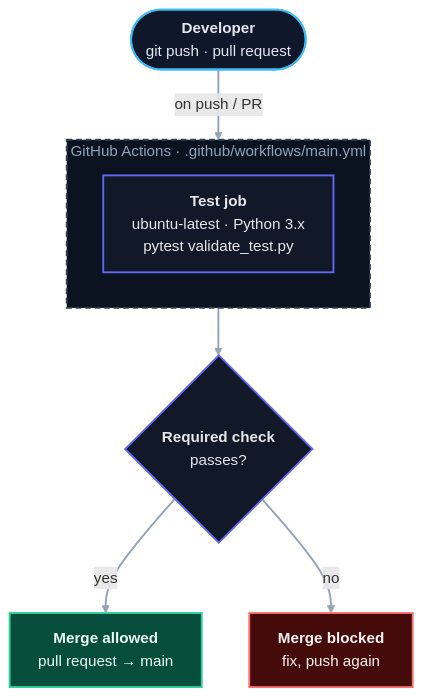
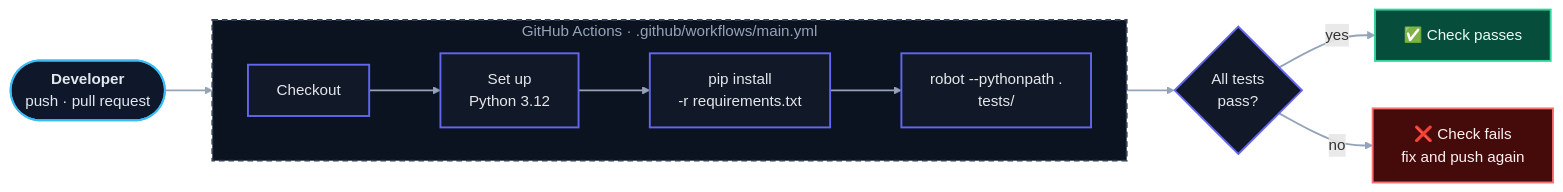
One commit to agragab/automatic-validation-framework changed the third of 3 diagrams in README.md. Above: the diagram before and after it, drawn with Mermaid. The commit also changed other lines of this file, not shown here.

````diff
--- a/README.md
+++ b/README.md
@@ -162,29 +183,29 @@
 ```mermaid
-flowchart TD
-    dev(["<b>Developer</b><br/>git push · pull request"])
+flowchart LR
+    dev(["<b>Developer</b><br/>push · pull request"])
 
     subgraph gh["GitHub Actions · .github/workflows/main.yml"]
-        direction TB
-        job["<b>Test job</b><br/>ubuntu-latest · Python 3.x<br/>pytest validate_test.py"]
+        direction LR
+        co["Checkout"] --> py["Set up<br/>Python 3.12"] --> deps["pip install<br/>-r requirements.txt"] --> rf["robot --pythonpath .<br/>tests/"]
     end
 
-    gate{"<b>Required check</b><br/>passes?"}
-    ok["<b>Merge allowed</b><br/>pull request → main"]
-    blocked["<b>Merge blocked</b><br/>fix, push again"]
+    gate{"All tests<br/>pass?"}
+    ok["✅ Check passes"]
+    bad["❌ Check fails<br/>fix and push again"]
 
-    dev == "on push / PR" ==> job
-    job --> gate
+    dev ==> co
+    rf --> gate
     gate -- "yes" --> ok
-    gate -- "no" --> blocked
+    gate -- "no" --> bad
 
     classDef edge fill:#0f172a,stroke:#38bdf8,stroke-width:2px,color:#e2e8f0;
     classDef core fill:#111827,stroke:#6366f1,stroke-width:2px,color:#e5e7eb;
     classDef good fill:#064e3b,stroke:#34d399,stroke-width:2px,color:#ecfdf5;
-    classDef bad fill:#450a0a,stroke:#f87171,stroke-width:2px,color:#fef2f2;
+    classDef badc fill:#450a0a,stroke:#f87171,stroke-width:2px,color:#fef2f2;
     class dev edge
-    class job,gate core
+    class co,py,deps,rf,gate core
     class ok good
-    class blocked bad
+    class bad badc
     style gh fill:#0b1220,stroke:#334155,stroke-width:2px,stroke-dasharray:6 4,color:#94a3b8
     linkStyle default stroke:#94a3b8,stroke-width:2px
 ```
````
